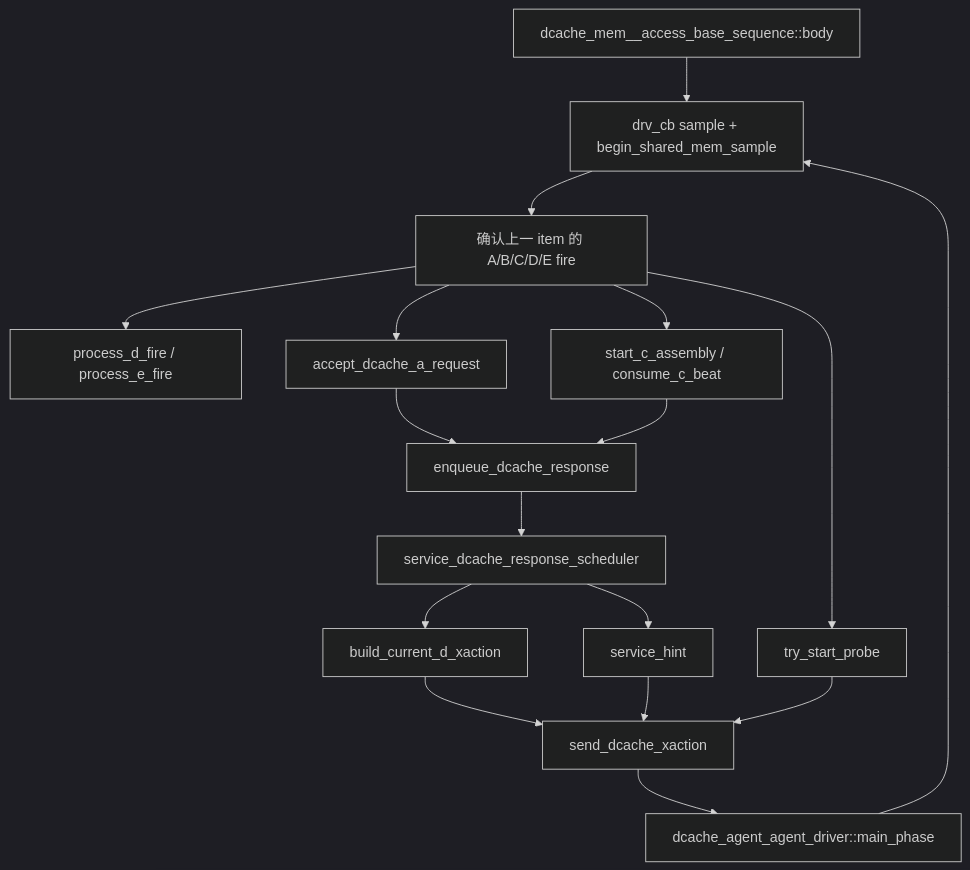
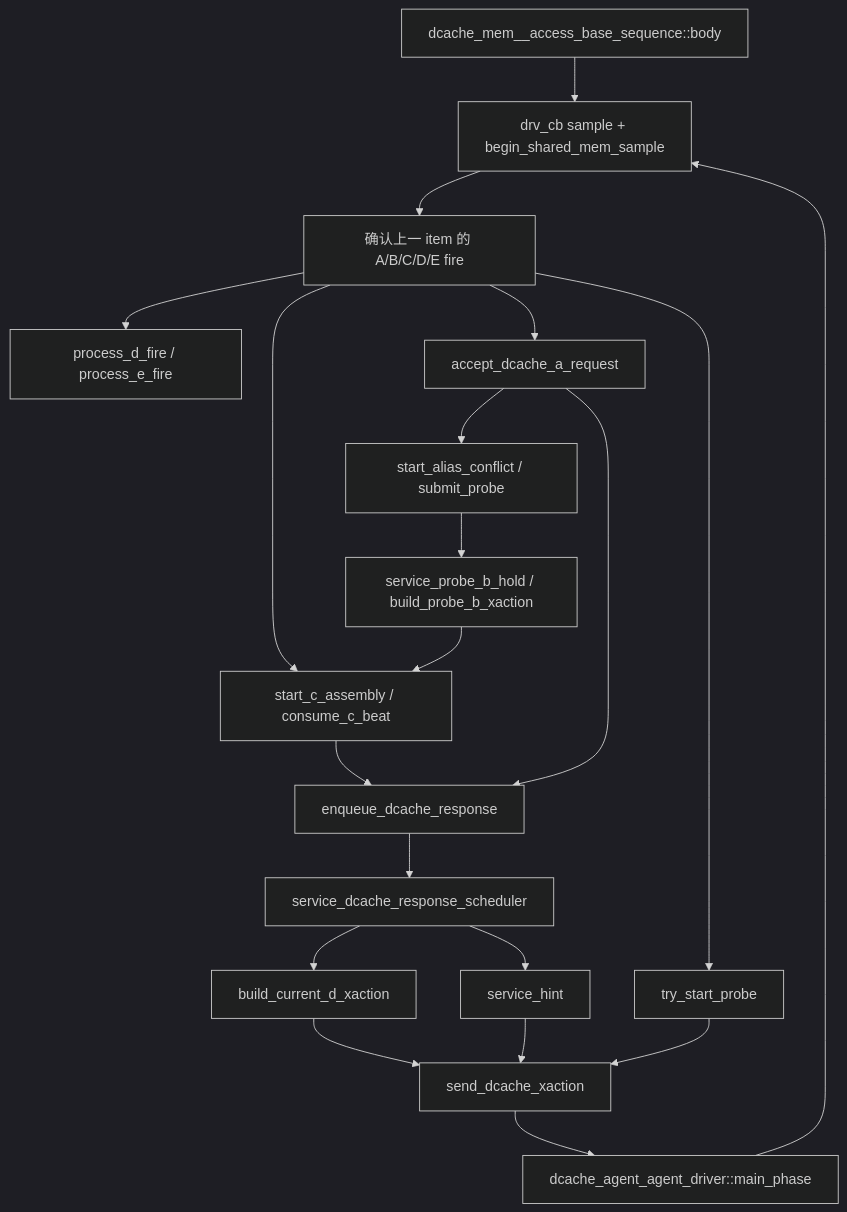
One commit to OpenXiangShan/XiangShan changed the diagram in AI_DOC/mem_ut_flow_doc/dcache_l2_response_hint_probe_model_flow.md. Above: the diagram before and after it, drawn with Mermaid (dark theme). The commit also changed other lines of this file and 5 other files, not shown here.

Commit message:
mem_ut: implement dcache multi probe alias state plan

````diff
--- a/AI_DOC/mem_ut_flow_doc/dcache_l2_response_hint_probe_model_flow.md
+++ b/AI_DOC/mem_ut_flow_doc/dcache_l2_response_hint_probe_model_flow.md
@@ -26,19 +30,22 @@
 ```mermaid
 flowchart TD
     A[dcache_mem__access_base_sequence::body] --> B[drv_cb sample + begin_shared_mem_sample]
     B --> C[确认上一 item 的 A/B/C/D/E fire]
     C --> D[process_d_fire / process_e_fire]
     C --> E[start_c_assembly / consume_c_beat]
     C --> F[accept_dcache_a_request]
+    F --> P[start_alias_conflict / submit_probe]
+    P --> Q[service_probe_b_hold / build_probe_b_xaction]
+    Q --> E
     F --> G[enqueue_dcache_response]
     E --> G
     G --> H[service_dcache_response_scheduler]
     H --> I[build_current_d_xaction]
     H --> J[service_hint]
     C --> K[try_start_probe]
     I --> L[send_dcache_xaction]
     J --> L
     K --> L
     L --> M[dcache_agent_agent_driver::main_phase]
     M --> B
 ```
````
